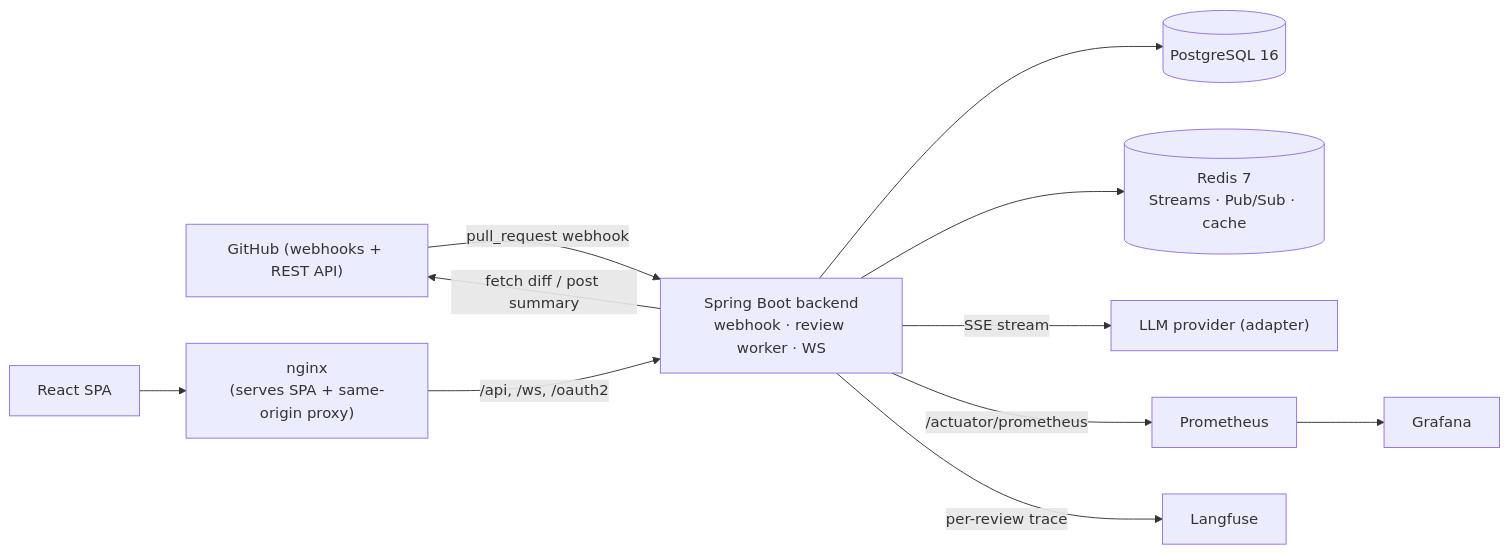
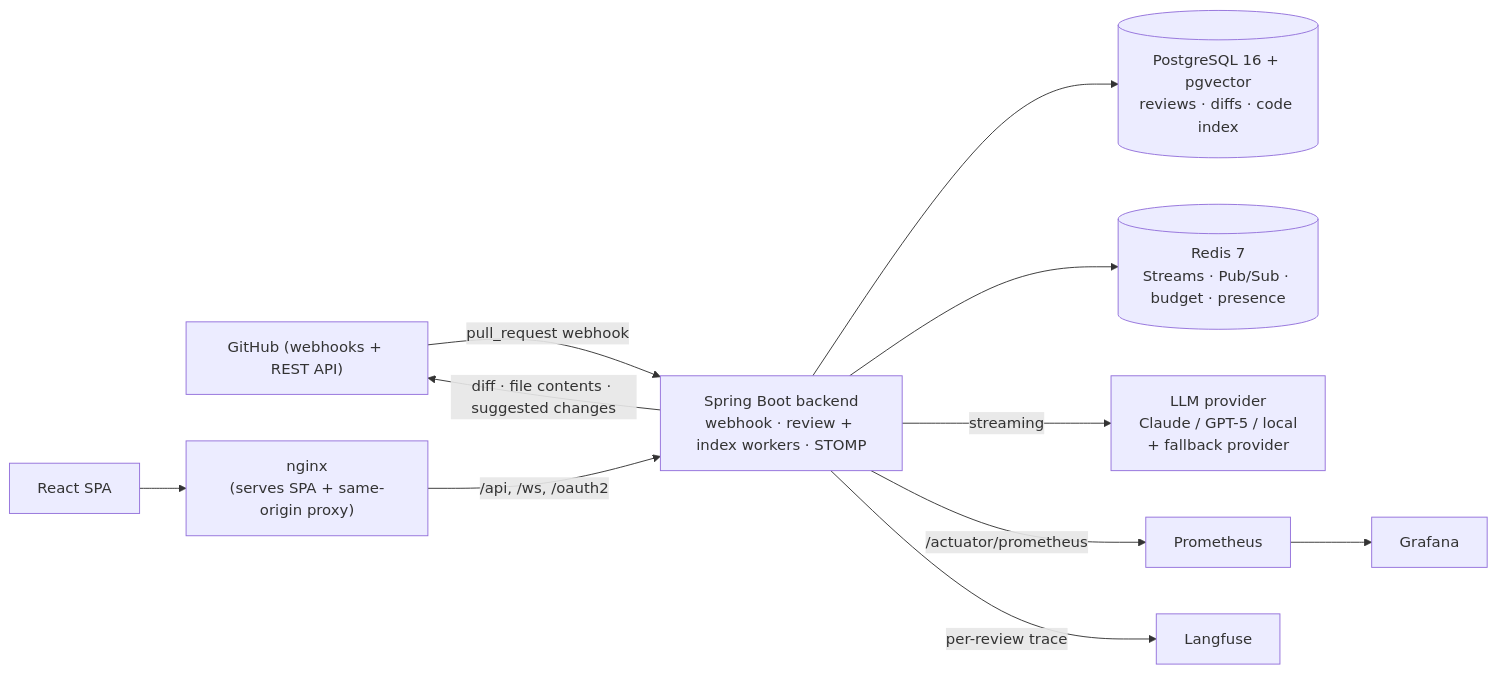
Before and after one commit to Rajarshi1-source/CodeLens_AI: the diagram in README.md, drawn with Mermaid. The commit also changed other lines of this file and 41 other files, not shown here.

````diff
--- a/README.md
+++ b/README.md
@@ -32,24 +74,24 @@
 ```mermaid
 flowchart LR
   gh["GitHub (webhooks + REST API)"]
   browser["React SPA"]
   nginx["nginx\n(serves SPA + same-origin proxy)"]
-  backend["Spring Boot backend\nwebhook · review worker · WS"]
-  pg[("PostgreSQL 16")]
-  redis[("Redis 7\nStreams · Pub/Sub · cache")]
-  llm["LLM provider (adapter)"]
+  backend["Spring Boot backend\nwebhook · review + index workers · STOMP"]
+  pg[("PostgreSQL 16 + pgvector\nreviews · diffs · code index")]
+  redis[("Redis 7\nStreams · Pub/Sub · budget · presence")]
+  llm["LLM provider\nClaude / GPT-5 / local\n+ fallback provider"]
   prom["Prometheus"]
   graf["Grafana"]
   lf["Langfuse"]
 
   gh -->|"pull_request webhook"| backend
-  backend -->|"fetch diff / post summary"| gh
+  backend -->|"diff · file contents · suggested changes"| gh
   browser --> nginx
   nginx -->|"/api, /ws, /oauth2"| backend
   backend --> pg
   backend --> redis
-  backend -->|"SSE stream"| llm
+  backend -->|"streaming"| llm
   backend -->|"/actuator/prometheus"| prom
   prom --> graf
   backend -->|"per-review trace"| lf
 ```
````
